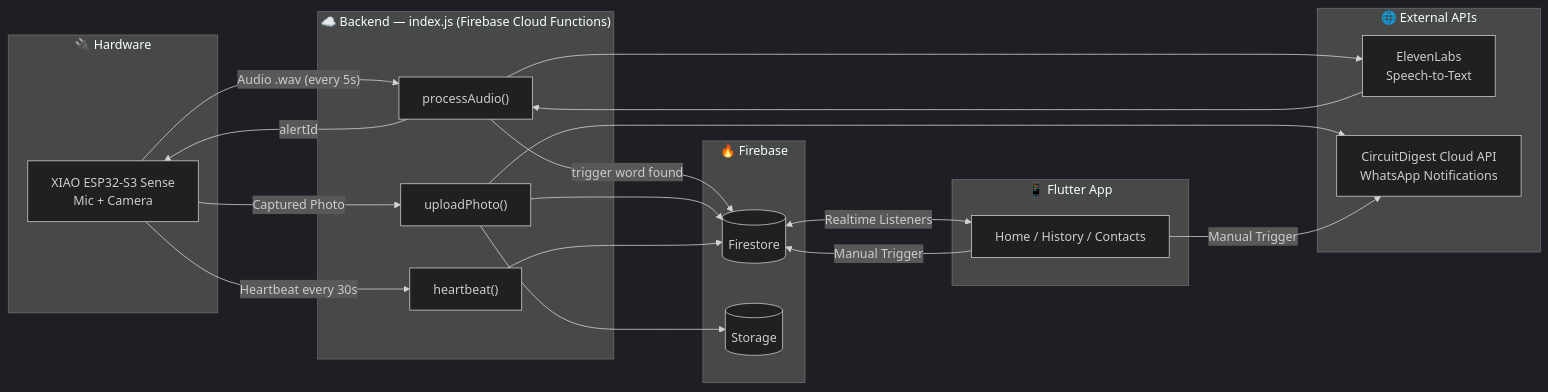
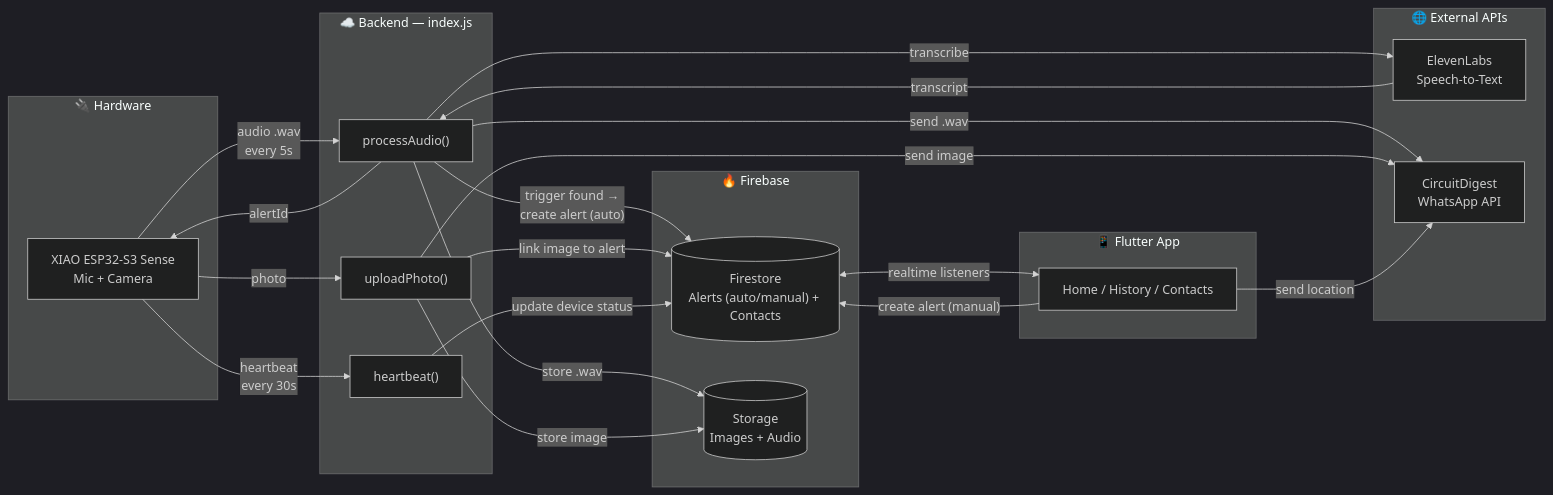
The first of 2 diagrams in README.md (SubashreeT24/SheAlert), drawn with Mermaid (dark theme) before and after one commit. The commit also changed other lines of this file, not shown here.

First line of the commit message:
Enhance README with detailed alert and backend info

````diff
--- a/README.md
+++ b/README.md
@@ -65,41 +65,43 @@
 ```mermaid
 graph LR
     subgraph Hardware["🔌 Hardware"]
         ESP["XIAO ESP32-S3 Sense<br/>Mic + Camera"]
     end
 
-    subgraph Backend["☁️ Backend — index.js (Firebase Cloud Functions)"]
+    subgraph Backend["☁️ Backend — index.js"]
         PA["processAudio()"]
         UP["uploadPhoto()"]
         HB["heartbeat()"]
     end
 
     subgraph FB["🔥 Firebase"]
-        FS[("Firestore")]
-        ST[("Storage")]
+        FS[("Firestore<br/>Alerts (auto/manual) + Contacts")]
+        ST[("Storage<br/>Images + Audio")]
     end
 
     subgraph External["🌐 External APIs"]
         EL["ElevenLabs<br/>Speech-to-Text"]
-        CD["CircuitDigest Cloud API<br/>WhatsApp Notifications"]
+        CD["CircuitDigest<br/>WhatsApp API"]
     end
 
     subgraph Mobile["📱 Flutter App"]
         FL["Home / History / Contacts"]
     end
 
-    ESP -->|"Audio .wav (every 5s)"| PA
-    PA --> EL
-    EL --> PA
-    PA -->|"trigger word found"| FS
+    ESP -->|"audio .wav<br/>every 5s"| PA
+    PA -->|"transcribe"| EL
+    EL -->|"transcript"| PA
+    PA -->|"trigger found →<br/>create alert (auto)"| FS
+    PA -->|"store .wav"| ST
+    PA -->|"send .wav"| CD
     PA -->|"alertId"| ESP
-    ESP -->|"Captured Photo"| UP
-    UP --> ST
-    UP --> FS
-    UP --> CD
-    ESP -->|"Heartbeat every 30s"| HB
-    HB --> FS
-    FL -->|"Manual Trigger"| FS
-    FL -->|"Manual Trigger"| CD
-    FS <-->|"Realtime Listeners"| FL
+    ESP -->|"photo"| UP
+    UP -->|"store image"| ST
+    UP -->|"link image to alert"| FS
+    UP -->|"send image"| CD
+    ESP -->|"heartbeat<br/>every 30s"| HB
+    HB -->|"update device status"| FS
+    FL -->|"create alert (manual)"| FS
+    FL -->|"send location"| CD
+    FS <-->|"realtime listeners"| FL
 ```
````
